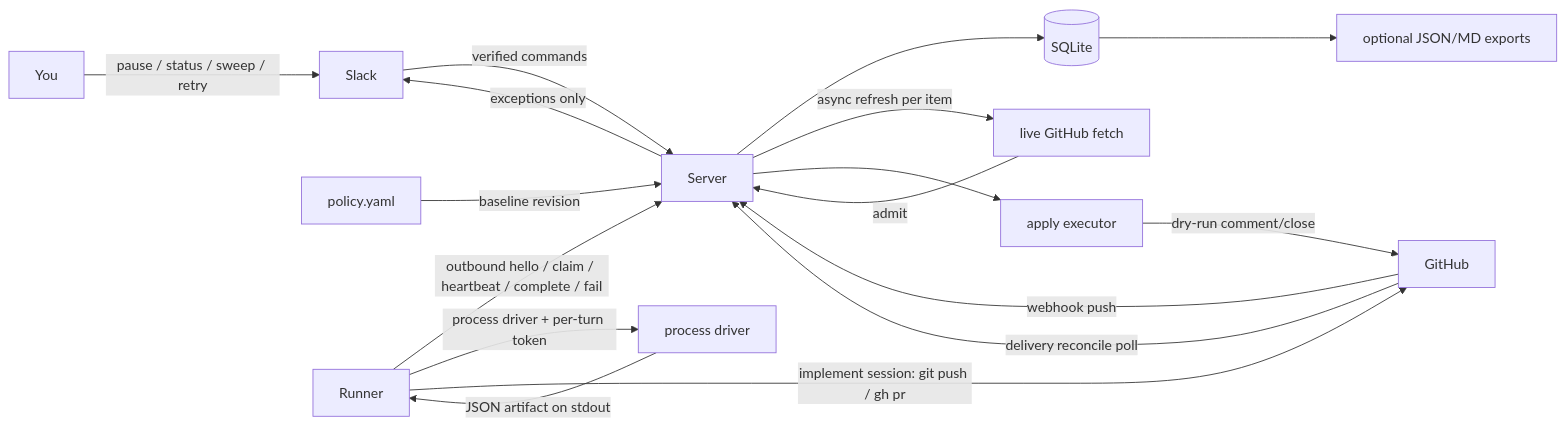
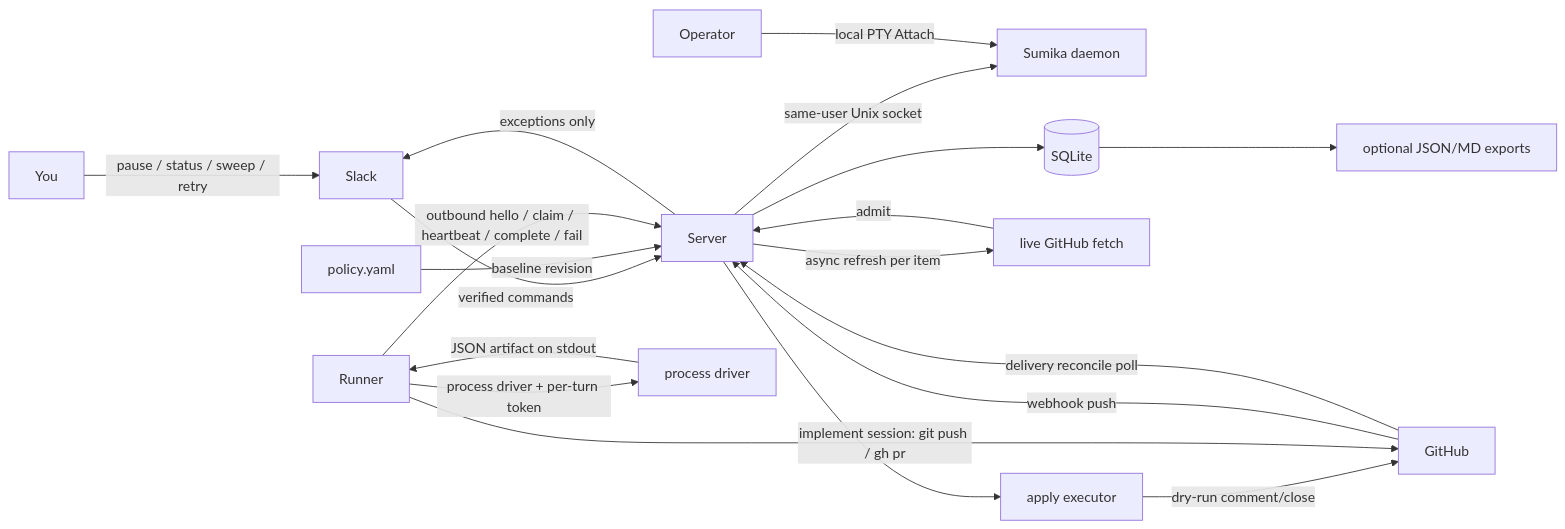
One commit to Sannrox/rusui changed the first of 2 diagrams in ARCHITECTURE.md. Above: the diagram before and after it, drawn with Mermaid. The commit also changed other lines of this file and 28 other files, not shown here.

Commit message:
Add policy-gated Sumika local sessions

````diff
--- a/ARCHITECTURE.md
+++ b/ARCHITECTURE.md
@@ -86,23 +107,25 @@
 ```mermaid
 flowchart LR
   You -->|pause / status / sweep / retry| Slack
   Slack -->|verified commands| Server
   GitHub -->|webhook push| Server
   GitHub -->|delivery reconcile poll| Server
   PolicyFile[policy.yaml] -->|baseline revision| Server
+  Server -->|same-user Unix socket| Sumika[Sumika daemon]
+  Operator -->|local PTY Attach| Sumika
 
   Server --> DB[(SQLite)]
   DB --> Exports[optional JSON/MD exports]
 
   Server -->|async refresh per item| Fetch[live GitHub fetch]
   Fetch -->|admit| Server
 
   Runner -->|outbound hello / claim / heartbeat / complete / fail| Server
   Runner -->|process driver + per-turn token| Driver[process driver]
   Driver -->|JSON artifact on stdout| Runner
 
   Apply[apply executor] -->|dry-run comment/close| GitHub
   Runner -->|implement session: git push / gh pr| GitHub
   Server --> Apply
   Server -->|exceptions only| Slack
 ```
````
